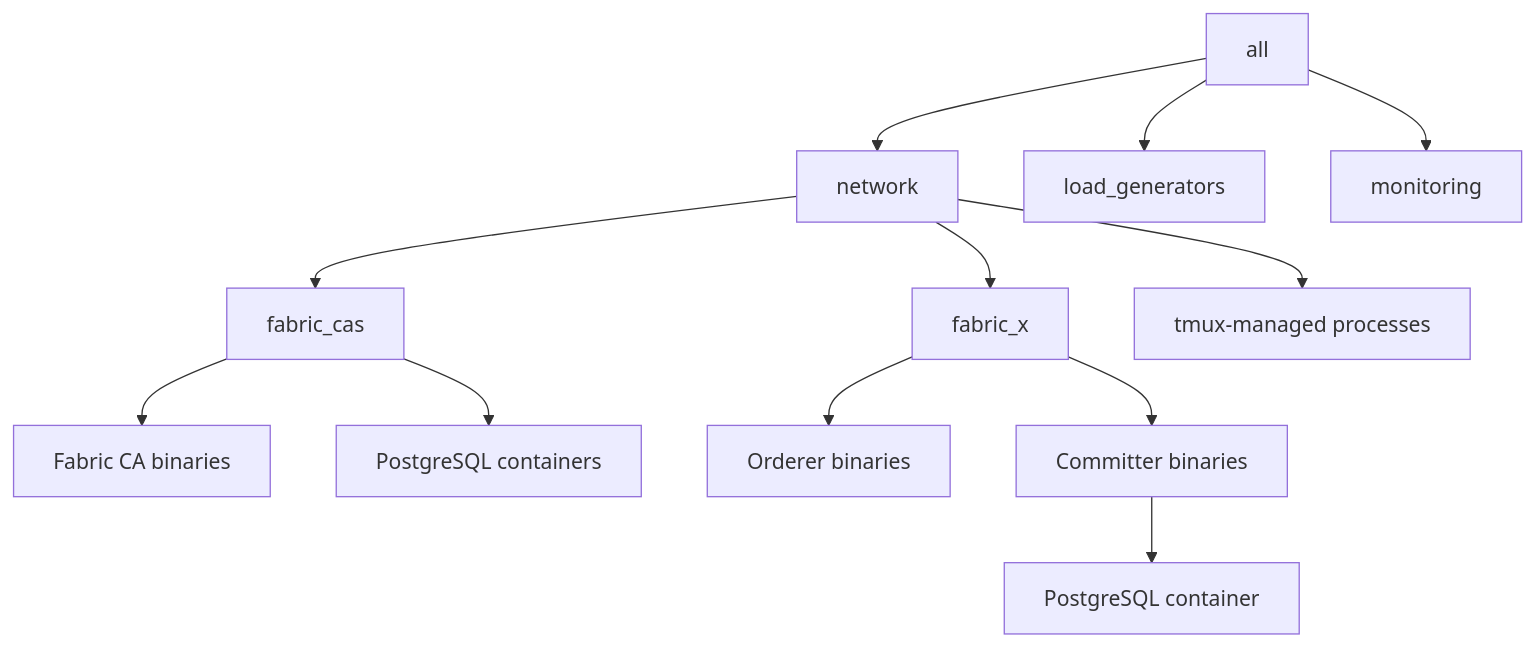
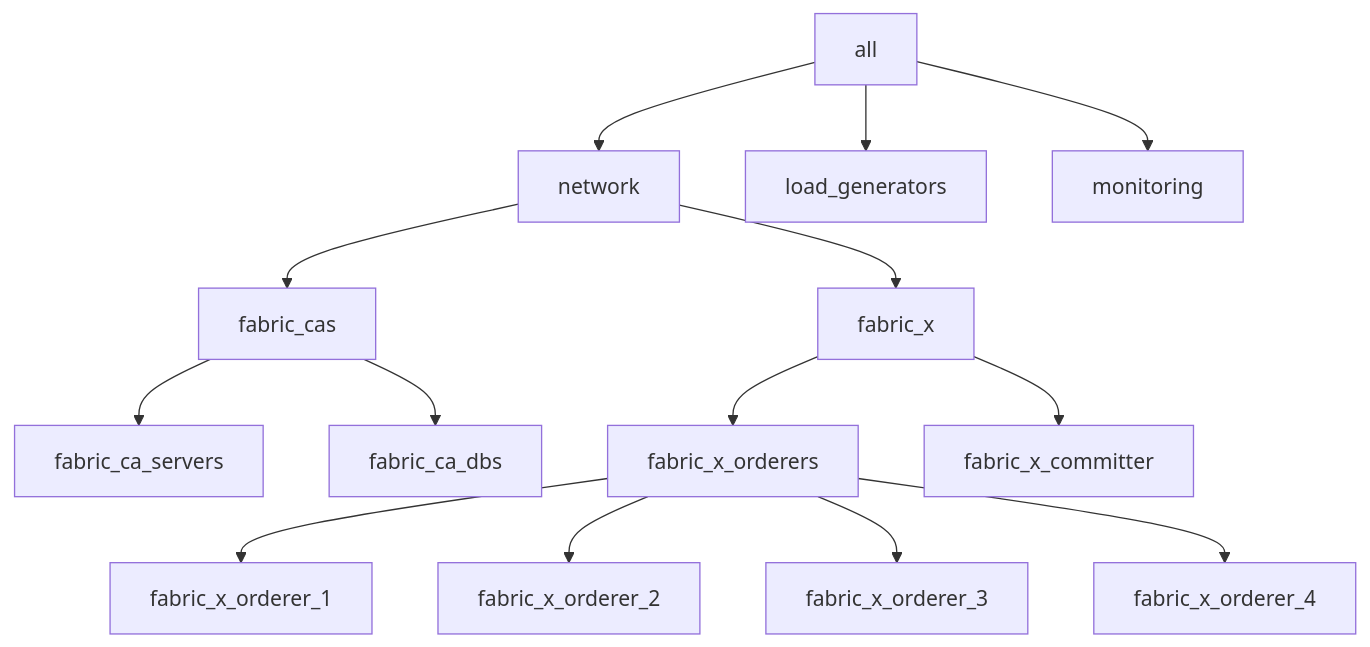
The diagram in examples/inventory/docs/local/fabric-x-bin.md (LF-Decentralized-Trust-labs/fabric-x-ansible-collection), drawn with Mermaid before and after one commit. The commit also changed 47 other files, not shown here.

````diff
--- a/examples/inventory/docs/local/fabric-x-bin.md
+++ b/examples/inventory/docs/local/fabric-x-bin.md
@@ -43,14 +43,16 @@
 ```mermaid
 flowchart TD
   all --> network
   network --> fabric_cas
   network --> fabric_x
   all --> load_generators
   all --> monitoring
-  fabric_cas --> fabric_ca_servers["Fabric CA binaries"]
-  fabric_cas --> fabric_ca_dbs["PostgreSQL containers"]
-  fabric_x --> fabric_x_orderers["Orderer binaries"]
-  fabric_x --> fabric_x_committer["Committer binaries"]
-  fabric_x_committer --> committer_db["PostgreSQL container"]
-  network --> tmux["tmux-managed processes"]
+  fabric_cas --> fabric_ca_servers
+  fabric_cas --> fabric_ca_dbs
+  fabric_x --> fabric_x_orderers
+  fabric_x --> fabric_x_committer
+  fabric_x_orderers --> fabric_x_orderer_1
+  fabric_x_orderers --> fabric_x_orderer_2
+  fabric_x_orderers --> fabric_x_orderer_3
+  fabric_x_orderers --> fabric_x_orderer_4
 ```
````
